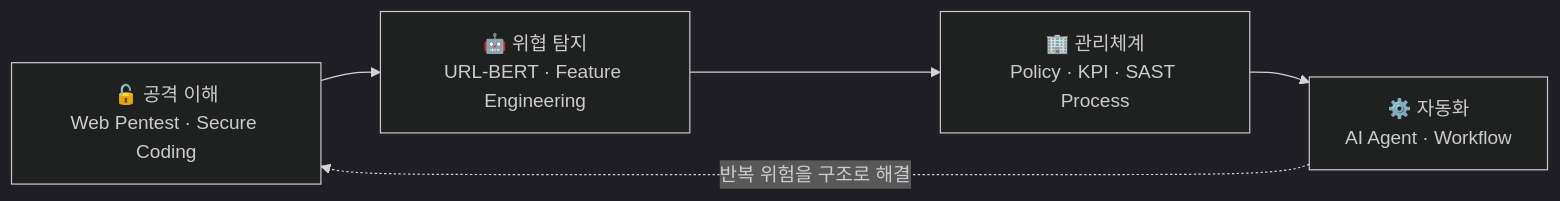
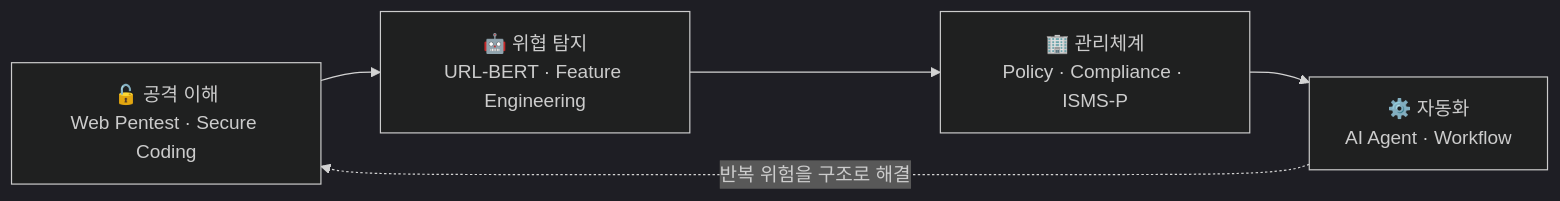
One commit to dlwl224/dlwl224 changed the first of 2 diagrams in README.md. Above: the diagram before and after it, drawn with Mermaid (dark theme). The commit also changed other lines of this file, not shown here.

````diff
--- a/README.md
+++ b/README.md
@@ -52,7 +51,7 @@
 ```mermaid
 flowchart LR
     A["🔓 공격 이해<br/>Web Pentest · Secure Coding"] --> B["🤖 위협 탐지<br/>URL-BERT · Feature Engineering"]
-    B --> C["🏢 관리체계<br/>Policy · KPI · SAST Process"]
+    B --> C["🏢 관리체계<br/>Policy · Compliance · ISMS-P"]
     C --> D["⚙️ 자동화<br/>AI Agent · Workflow"]
     D -. 반복 위험을 구조로 해결 .-> A
 ```
````
